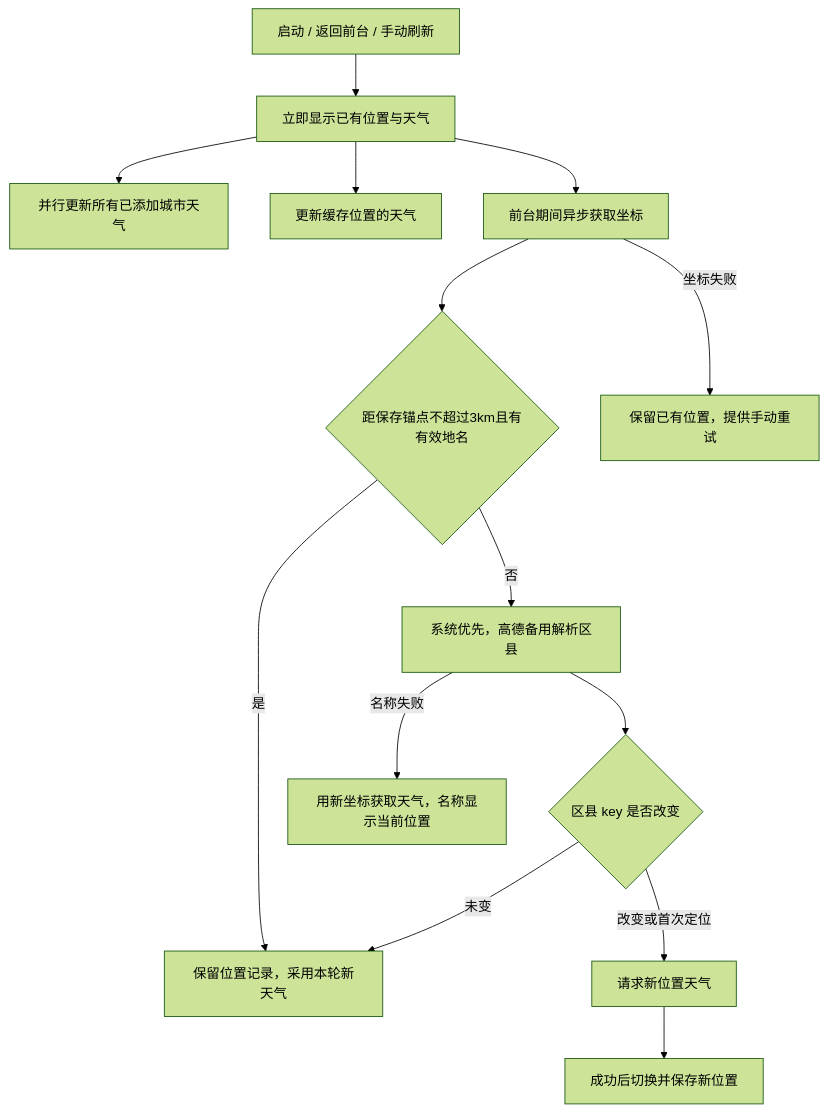
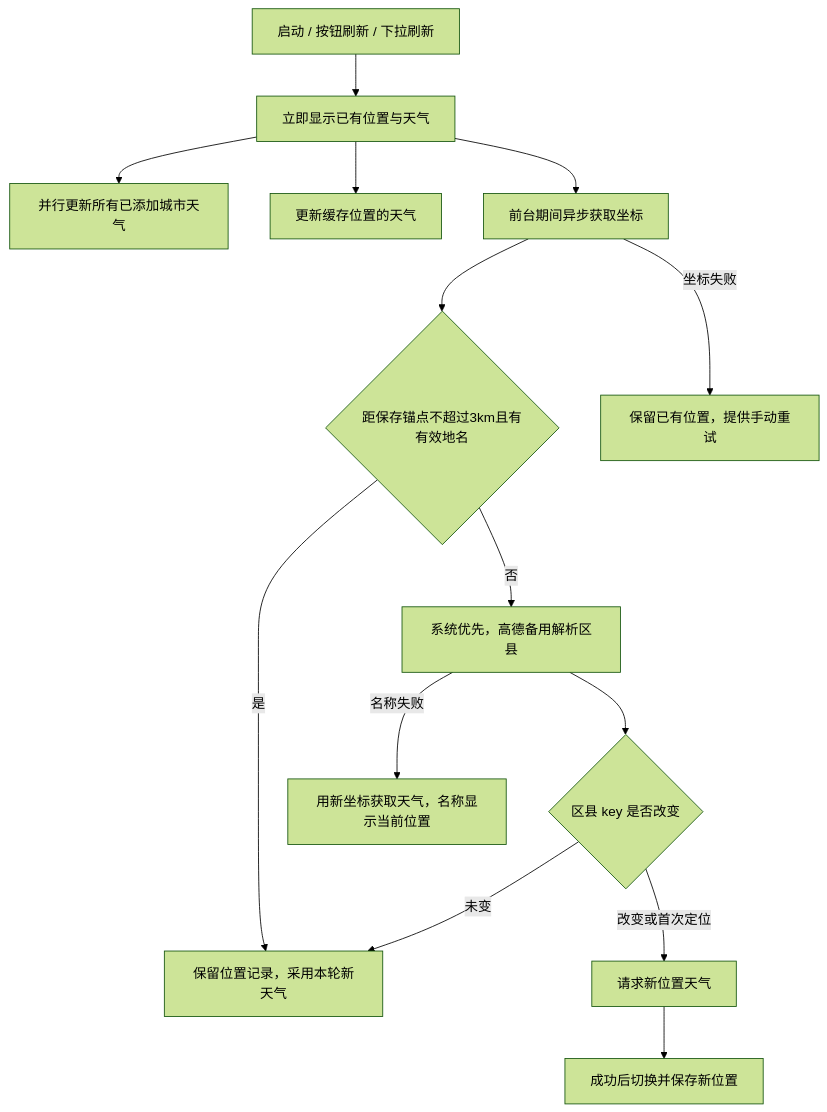
The second of 2 diagrams in docs/DESIGN.md (liu-gongjie/TravelWeather), drawn with Mermaid (forest theme) before and after one commit. The commit also changed other lines of this file and 4 other files, not shown here.

````diff
--- a/docs/DESIGN.md
+++ b/docs/DESIGN.md
@@ -133,16 +133,16 @@
 ```mermaid
 flowchart TD
-    A[启动 / 返回前台 / 手动刷新] --> B[立即显示已有位置与天气]
+    A[启动 / 按钮刷新 / 下拉刷新] --> B[立即显示已有位置与天气]
     B --> C[并行更新所有已添加城市天气]
     B --> D[更新缓存位置的天气]
     B --> E[前台期间异步获取坐标]
     E --> R{距保存锚点不超过3km且有有效地名}
     R -->|是| G[保留位置记录，采用本轮新天气]
     R -->|否| S[系统优先，高德备用解析区县]
     S --> F{区县 key 是否改变}
     F -->|未变| G[保留位置记录，采用本轮新天气]
     F -->|改变或首次定位| H[请求新位置天气]
     H --> I[成功后切换并保存新位置]
     E -->|坐标失败| J[保留已有位置，提供手动重试]
     S -->|名称失败| T[用新坐标获取天气，名称显示当前位置]
 ```
````
